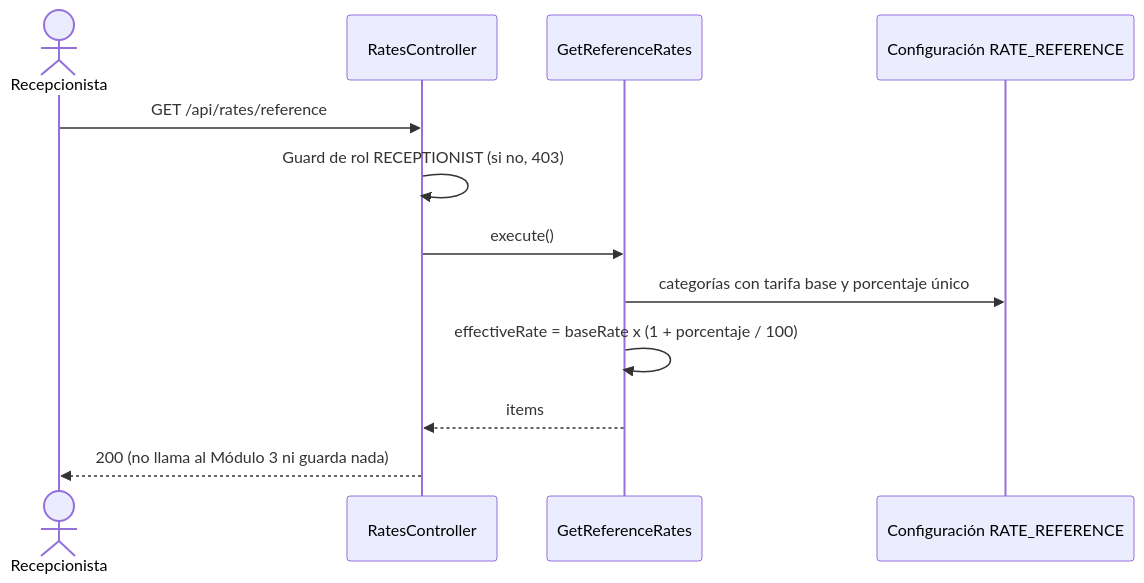
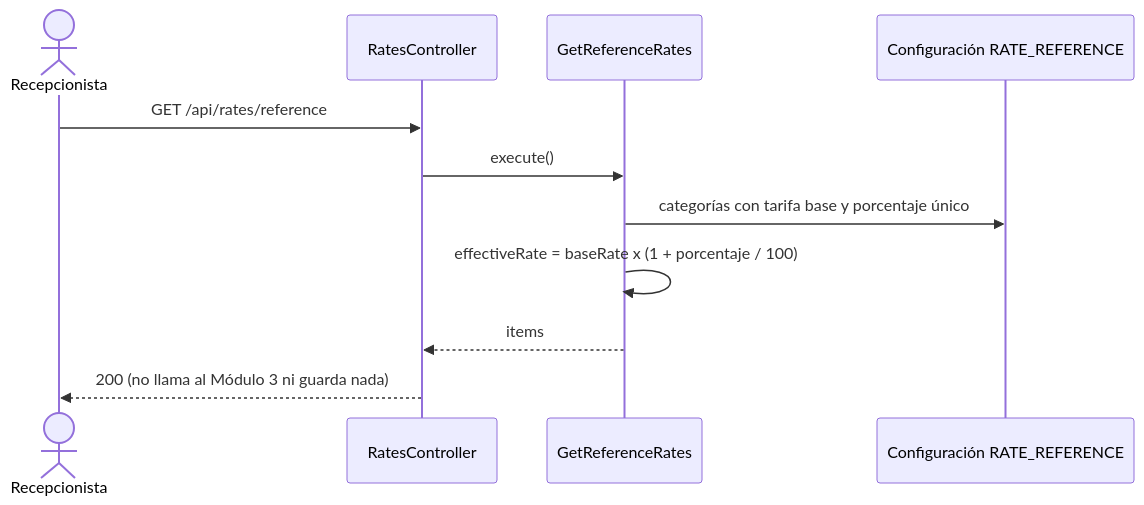
Before and after one commit to Lapicero312-lapi/HOSPITUA-MOD-2: the fourth of 4 diagrams in specs/calculate-dynamic-rate/plan.md, drawn with Mermaid. The commit also changed other lines of this file and 16 other files, not shown here.

````diff
--- a/specs/calculate-dynamic-rate/plan.md
+++ b/specs/calculate-dynamic-rate/plan.md
@@ -287,15 +288,14 @@
 ```mermaid
 sequenceDiagram
     actor R as Recepcionista
     participant C as RatesController
     participant U as GetReferenceRates
     participant K as Configuración RATE_REFERENCE
 
     R->>C: GET /api/rates/reference
-    C->>C: Guard de rol RECEPTIONIST (si no, 403)
     C->>U: execute()
     U->>K: categorías con tarifa base y porcentaje único
     U->>U: effectiveRate = baseRate x (1 + porcentaje / 100)
     U-->>C: items
     C-->>R: 200 (no llama al Módulo 3 ni guarda nada)
 ```
````
